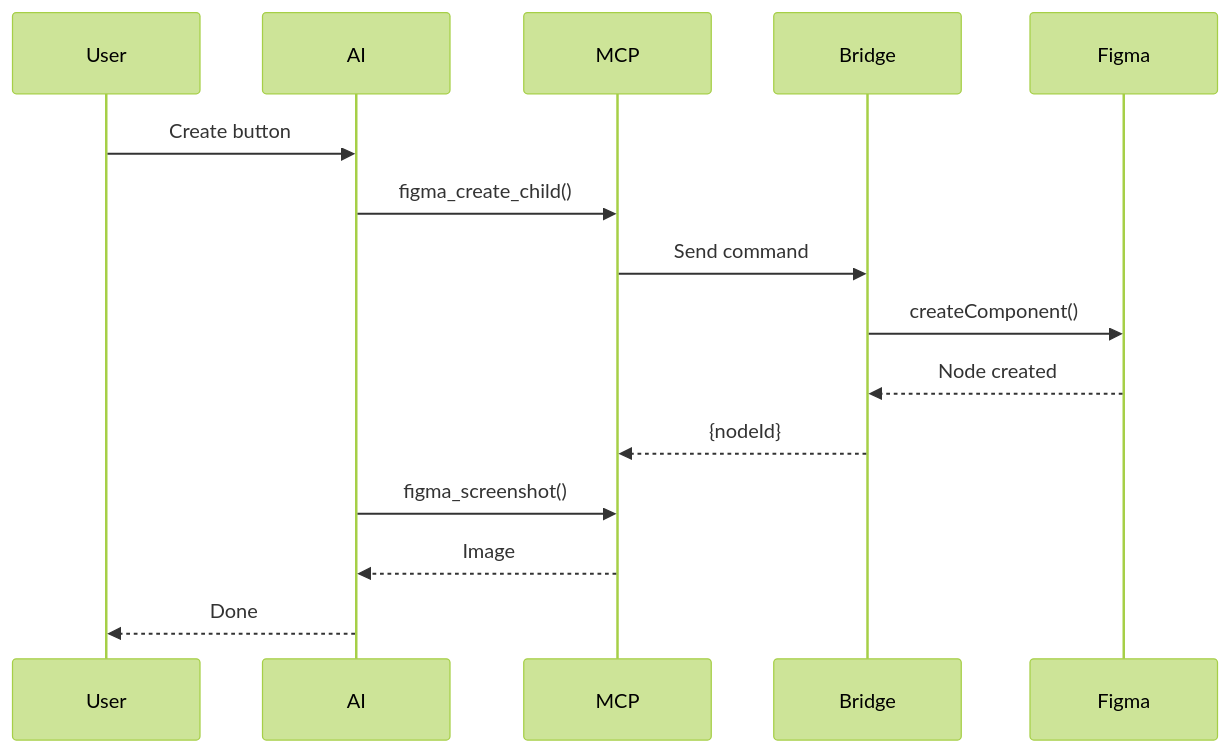
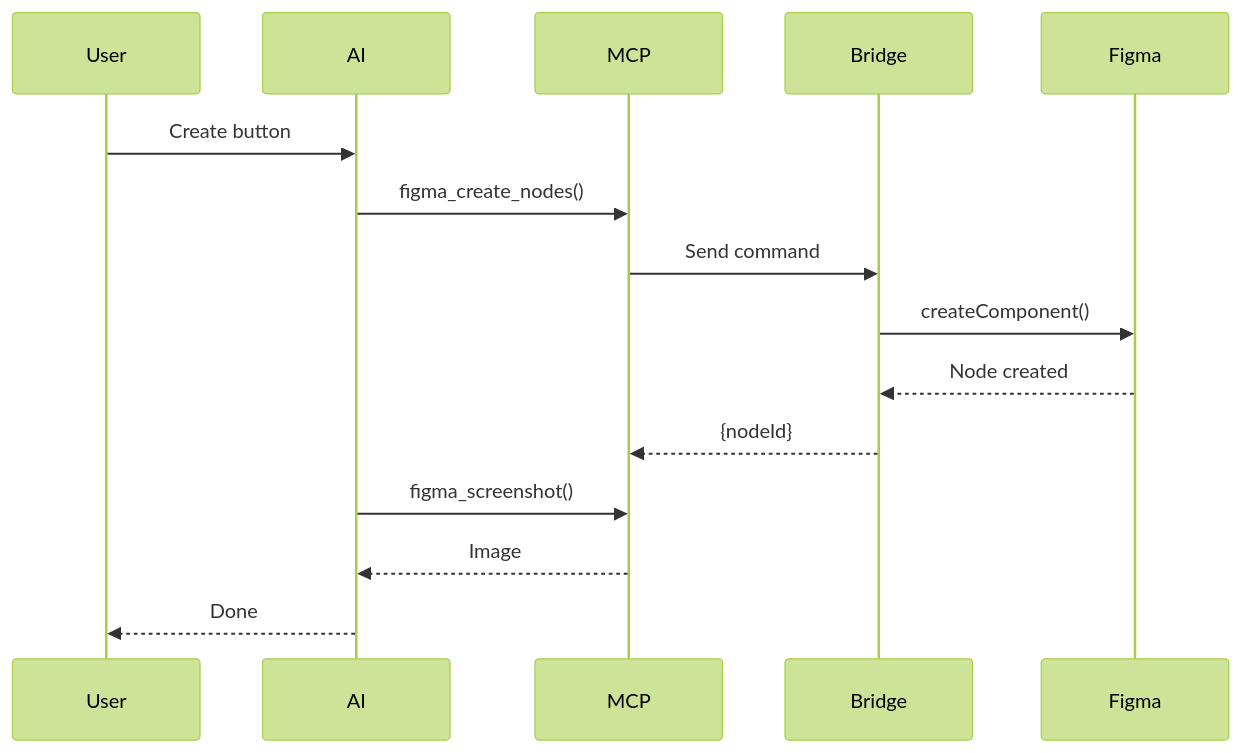
Before and after one commit to jourheighness/figma-console-mcp: the third of 5 diagrams in docs/architecture.md, drawn with Mermaid (forest theme). The commit also changed 25 other files, not shown here.

First line of the commit message:
refactor: remove deprecated tools, rename create_child → create_nodes, fix batch/bridge bugs

````diff
--- a/docs/architecture.md
+++ b/docs/architecture.md
@@ -207,18 +207,18 @@
 ```mermaid
 sequenceDiagram
     participant U as User
     participant A as AI
     participant M as MCP
     participant B as Bridge
     participant F as Figma
 
     U->>A: Create button
-    A->>M: figma_create_child()
+    A->>M: figma_create_nodes()
     M->>B: Send command
     B->>F: createComponent()
     F-->>B: Node created
     B-->>M: {nodeId}
     A->>M: figma_screenshot()
     M-->>A: Image
     A-->>U: Done
 ```
````
